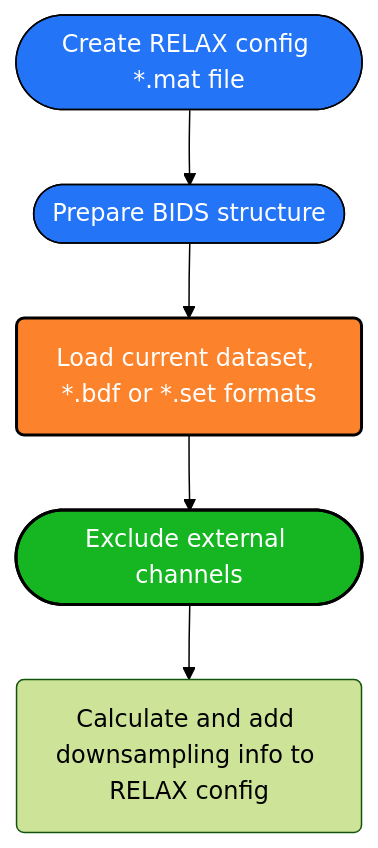
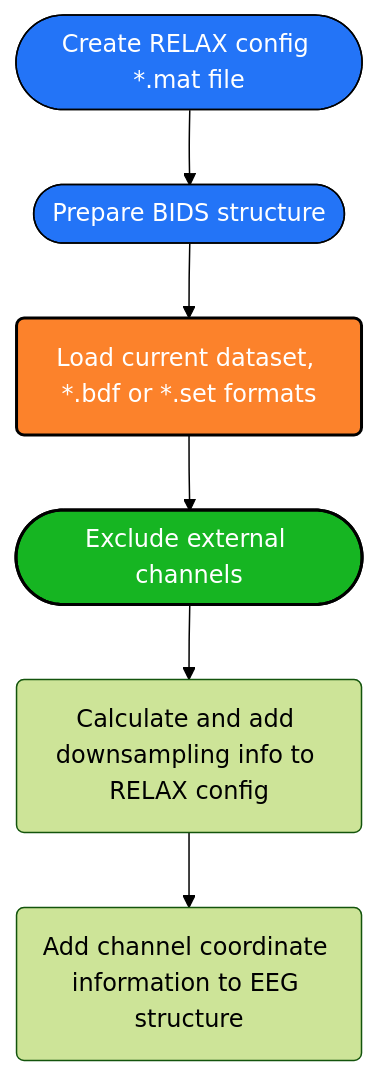
Before and after one commit to deebeebolger/Project_CeLaVie: the diagram in Pipeline_Datafow_Chart.md, drawn with Mermaid (forest theme).

Commit message:
Update Pipeline_Dataflow_Chart.md with new links

````diff
--- a/Pipeline_Datafow_Chart.md
+++ b/Pipeline_Datafow_Chart.md
@@ -1,27 +1,28 @@
 ```mermaid
 flowchart TD
 %% Colors %%
 
 classDef blue fill:#2374f7, stroke:#000, stroke-width: px, color:#fff
 classDef orange fill:#fc822b,stroke:#000,stroke-width:2px,color:#fff
 classDef green fill:#16b522,stroke:#000,stroke-width:2px,color:#fff
 classDef mintgreen fill:#4DAB9A,stroke:#000,stroke-width:2px,color:#fff
 classDef mandarine fill:#FFA344,stroke:#000,stroke-width:2px,color:#fff
 classDef aubergine fill:#9A6DD7,stroke:#000,stroke-width:2px,color:#fff
 classDef red fill:#D44C47,stroke:#000,stroke-width:2px,color:#fff
 classDef grey fill:#979A9B,stroke:#000,stroke-width:2px,color:#fff
 
 
 Config([Create RELAX config *.mat file]):::blue -->
 BIDS([Prepare BIDS structure]):::blue
 click Config "https://github.com/deebeebolger/Project_CeLaVie/blob/main/DataflowChart_pages/Create_RELAX_conf_file.md" "Link"
 click BIDS "https://github.com/deebeebolger/Project_CeLaVie/blob/main/DataflowChart_pages/BIDS_structure.md" "Link"
 BIDS --> Ld(Load current dataset, *.bdf or *.set formats):::orange
 --> EXRej([Exclude external channels]):::green
 click EXRej "https://github.com/deebeebolger/Project_CeLaVie/blob/main/DataflowChart_pages/Exclude_external_chans.md" _blank
 EXRej --> AddRS(Calculate and add downsampling info to RELAX config)
 click AddRS "https://github.com/deebeebolger/Project_CeLaVie/blob/main/DataflowChart_pages/Downsampling.md" "Link"
+AddRS --> AddChan(Add channel coordinate information to EEG structure)
 
 
 
 ```
````
